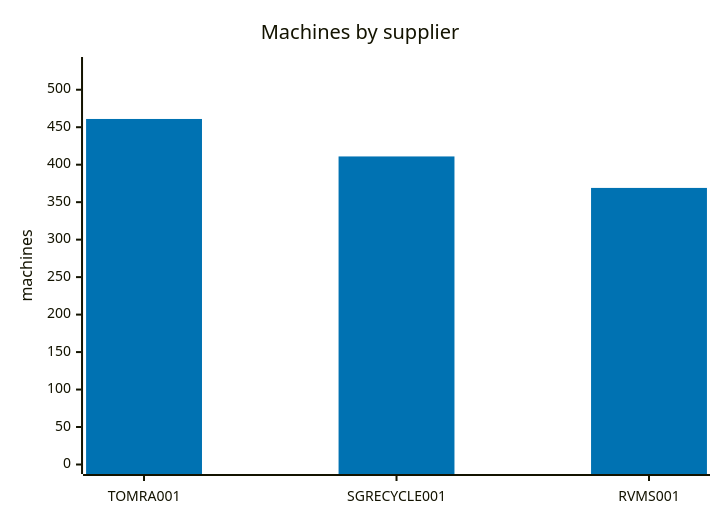
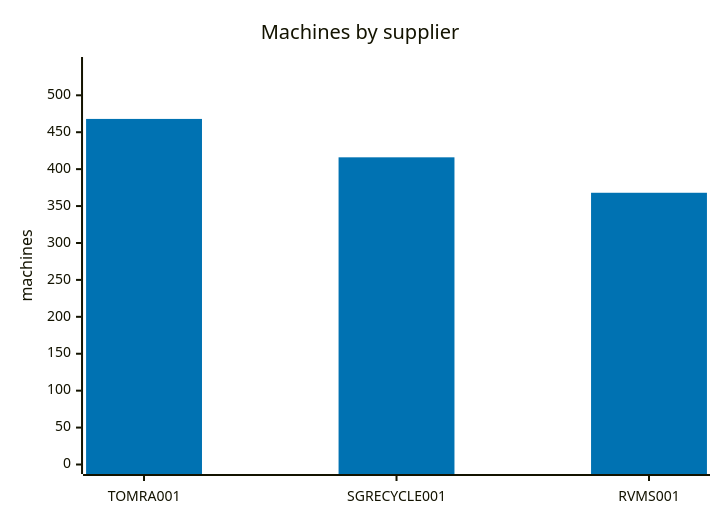
The second of 7 diagrams in ANALYSIS.md (cheeaun/returnright-data), drawn with Mermaid before and after one commit. The commit also changed other lines of this file and 3 other files, not shown here.

````diff
--- a/ANALYSIS.md
+++ b/ANALYSIS.md
@@ -48,13 +48,13 @@
 ```mermaid
 ---
 config:
   themeVariables:
     xyChart:
       plotColorPalette: "#0072B2"
 ---
 xychart-beta
     title "Machines by supplier"
     x-axis ["TOMRA001", "SGRECYCLE001", "RVMS001"]
-    y-axis "machines" 0 --> 531
-    bar [461, 411, 369]
+    y-axis "machines" 0 --> 539
+    bar [468, 416, 368]
 ```
````
